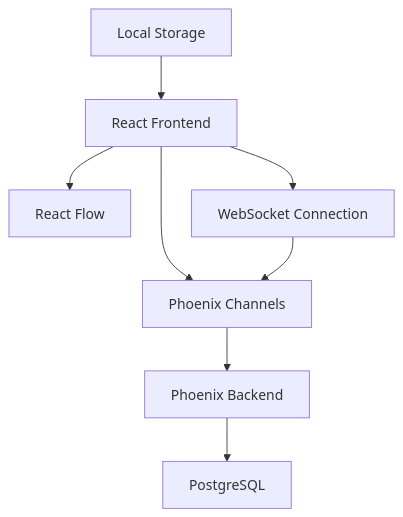
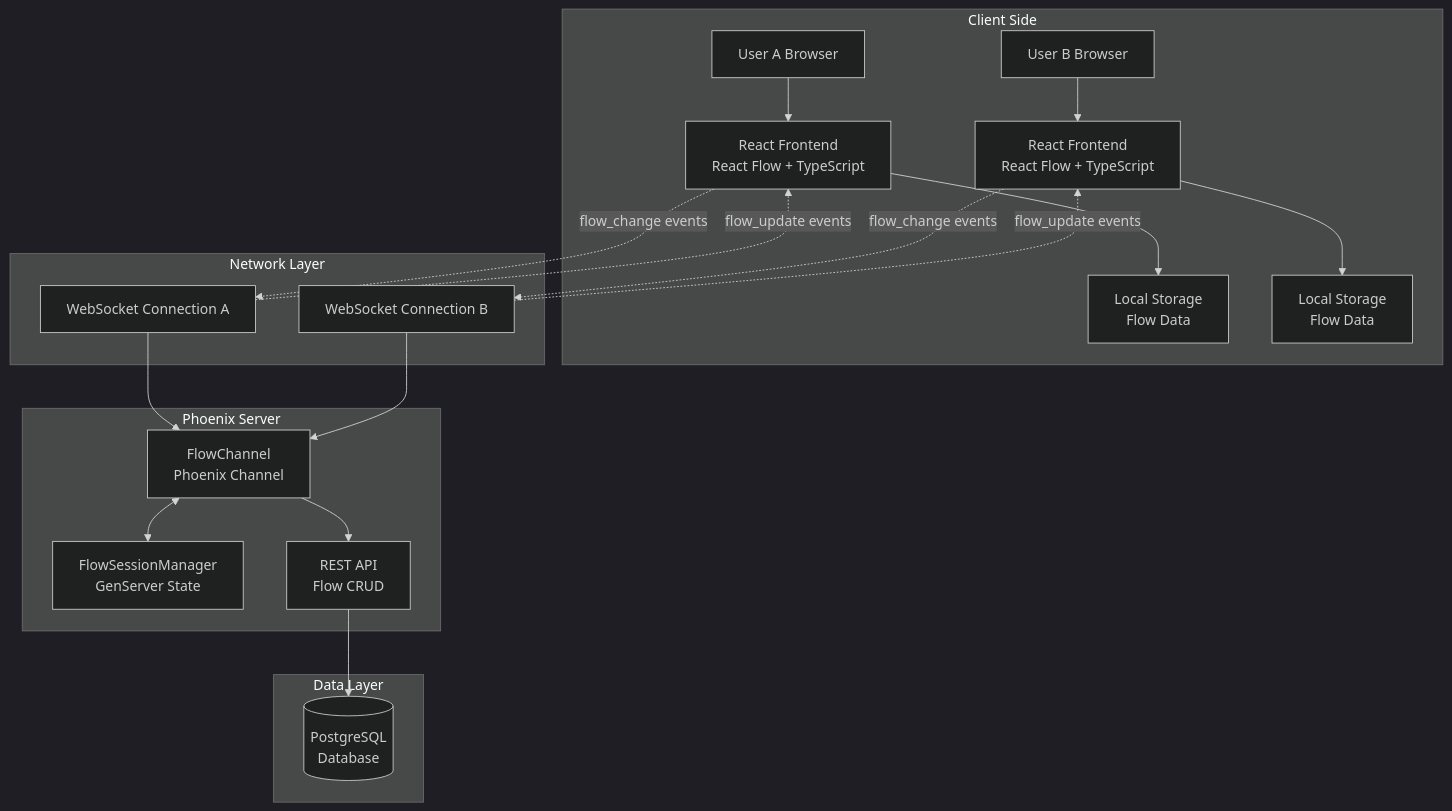
One commit to ccarvalho-eng/helix changed the first of 2 diagrams in README.md. Above: the diagram before and after it, drawn with Mermaid. The commit also changed other lines of this file, not shown here.

Commit message:
chore: improve readme

````diff
--- a/README.md
+++ b/README.md
@@ -138,10 +140,43 @@
 ```mermaid
+%%{init: {'theme':'dark'}}%%
 graph TB
-    A[React Frontend] --> B[Phoenix Channels]
-    B --> C[Phoenix Backend]
-    C --> D[PostgreSQL]
-    A --> E[React Flow]
-    A --> F[WebSocket Connection]
-    F --> B
-    G[Local Storage] --> A
+    subgraph "Client Side"
+        UA[User A Browser]
+        UB[User B Browser]
+        FEA[React Frontend<br/>React Flow + TypeScript]
+        FEB[React Frontend<br/>React Flow + TypeScript]
+        LSA[Local Storage<br/>Flow Data]
+        LSB[Local Storage<br/>Flow Data]
+
+        UA --> FEA
+        UB --> FEB
+        FEA --> LSA
+        FEB --> LSB
+    end
+
+    subgraph "Network Layer"
+        WSA[WebSocket Connection A]
+        WSB[WebSocket Connection B]
+
+        FEA -.->|flow_change events| WSA
+        FEB -.->|flow_change events| WSB
+        WSA -.->|flow_update events| FEA
+        WSB -.->|flow_update events| FEB
+    end
+
+    subgraph "Phoenix Server"
+        FC[FlowChannel<br/>Phoenix Channel]
+        FSM[FlowSessionManager<br/>GenServer State]
+        API[REST API<br/>Flow CRUD]
+
+        WSA --> FC
+        WSB --> FC
+        FC <--> FSM
+        FC --> API
+    end
+
+    subgraph "Data Layer"
+        PG[(PostgreSQL<br/>Database)]
+        API --> PG
+    end
 ```
````
